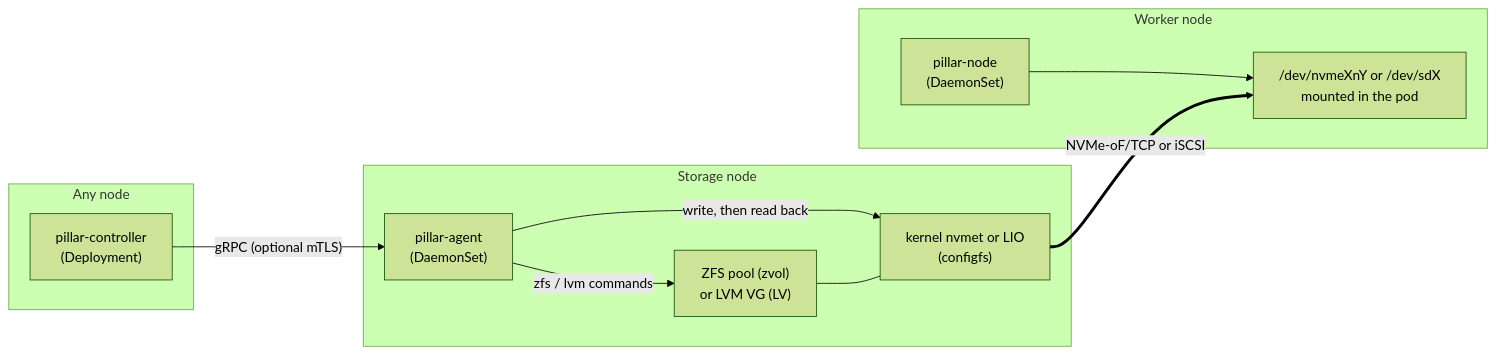
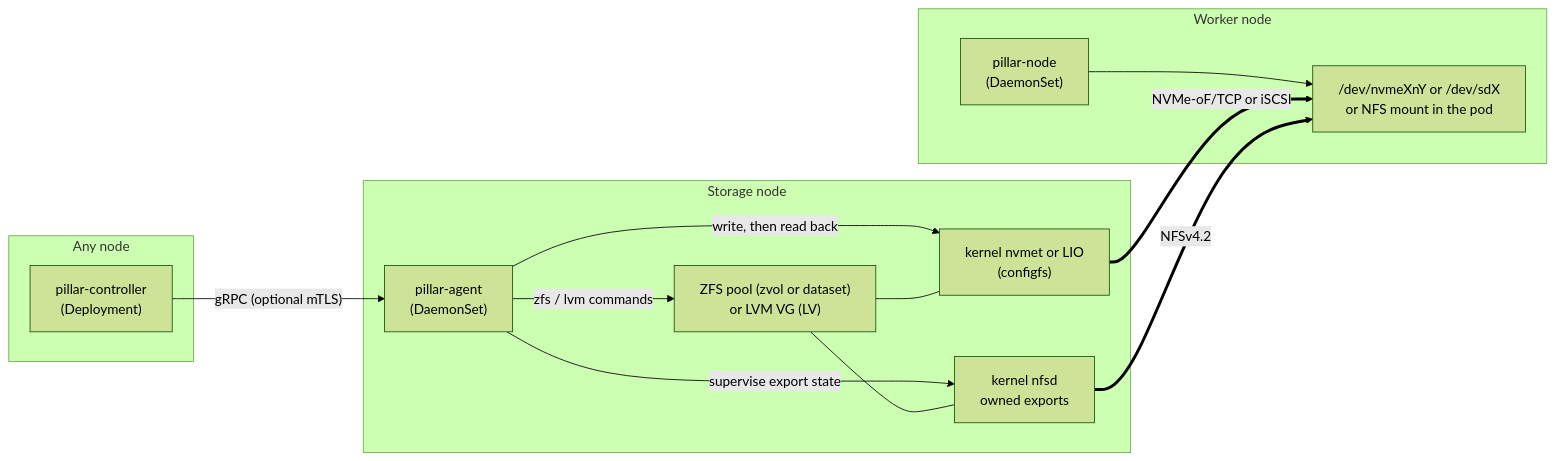
Before and after one commit to isac322/pillar-csi: the diagram in README.md, drawn with Mermaid (forest theme). The commit also changed other lines of this file and 146 other files, not shown here.

````diff
--- a/README.md
+++ b/README.md
@@ -79,21 +84,25 @@
 ```mermaid
 flowchart LR
   subgraph storage["Storage node"]
-    pool["ZFS pool (zvol)<br/>or LVM VG (LV)"]
+    pool["ZFS pool (zvol or dataset)<br/>or LVM VG (LV)"]
     agent["pillar-agent<br/>(DaemonSet)"]
-    nvmet["kernel nvmet or LIO<br/>(configfs)"]
+    block["kernel nvmet or LIO<br/>(configfs)"]
+    nfs["kernel nfsd<br/>owned exports"]
     agent -- "zfs / lvm commands" --> pool
-    agent -- "write, then read back" --> nvmet
-    pool --- nvmet
+    agent -- "write, then read back" --> block
+    agent -- "supervise export state" --> nfs
+    pool --- block
+    pool --- nfs
   end
   subgraph control["Any node"]
     ctrl["pillar-controller<br/>(Deployment)"]
   end
   subgraph worker["Worker node"]
     node["pillar-node<br/>(DaemonSet)"]
-    dev["/dev/nvmeXnY or /dev/sdX<br/>mounted in the pod"]
+    dev["/dev/nvmeXnY or /dev/sdX<br/>or NFS mount in the pod"]
     node --> dev
   end
   ctrl -- "gRPC (optional mTLS)" --> agent
-  nvmet == "NVMe-oF/TCP or iSCSI" ==> dev
+  block == "NVMe-oF/TCP or iSCSI" ==> dev
+  nfs == "NFSv4.2" ==> dev
 ```
````
